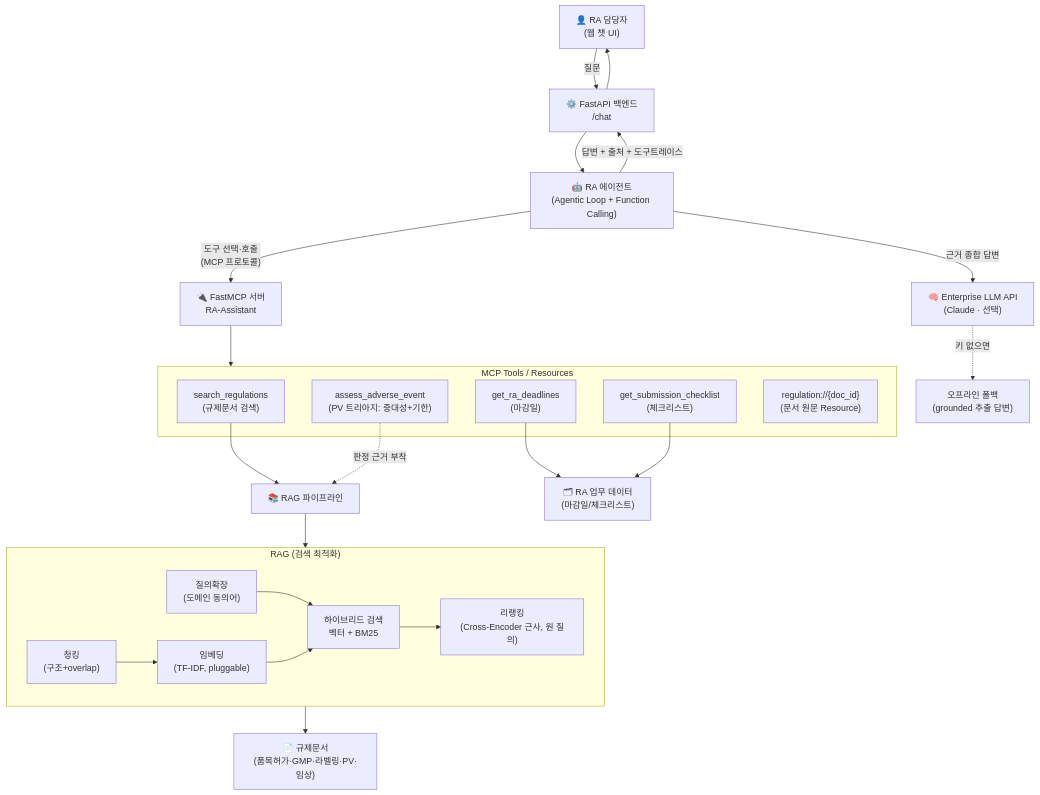
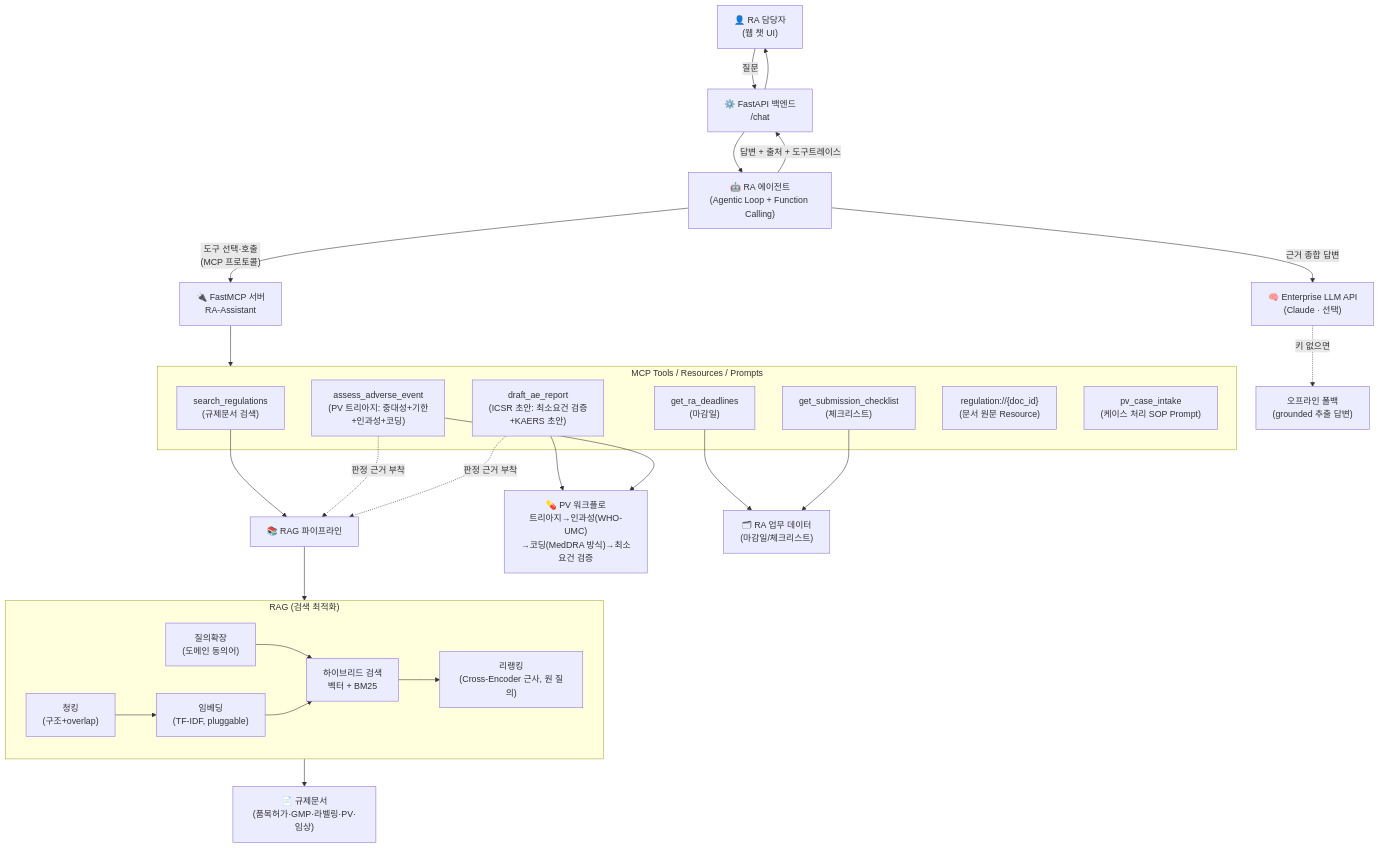
One commit to chaeyoo/letsgogc changed the diagram in project/README.md. Above: the diagram before and after it, drawn with Mermaid. The commit also changed other lines of this file and 12 other files, not shown here.

First line of the commit message:
PV 워크플로 완성: 인과성 평가(WHO-UMC)·용어 코딩(MedDRA 방식)·ICSR 보고서 초안 + MCP Prompts

````diff
--- a/project/README.md
+++ b/project/README.md
@@ -42,35 +43,40 @@
 ```mermaid
 flowchart TB
     U["👤 RA 담당자<br/>(웹 챗 UI)"] -->|질문| API["⚙️ FastAPI 백엔드<br/>/chat"]
     API --> AG["🤖 RA 에이전트<br/>(Agentic Loop + Function Calling)"]
 
     AG -->|"도구 선택·호출<br/>(MCP 프로토콜)"| MCP["🔌 FastMCP 서버<br/>RA-Assistant"]
 
-    subgraph MCP_TOOLS["MCP Tools / Resources"]
+    subgraph MCP_TOOLS["MCP Tools / Resources / Prompts"]
         T1["search_regulations<br/>(규제문서 검색)"]
         T2["get_ra_deadlines<br/>(마감일)"]
         T3["get_submission_checklist<br/>(체크리스트)"]
-        T4["assess_adverse_event<br/>(PV 트리아지: 중대성+기한)"]
+        T4["assess_adverse_event<br/>(PV 트리아지: 중대성+기한<br/>+인과성+코딩)"]
+        T5["draft_ae_report<br/>(ICSR 초안: 최소요건 검증<br/>+KAERS 초안)"]
         R1["regulation://{doc_id}<br/>(문서 원문 Resource)"]
+        P1["pv_case_intake<br/>(케이스 처리 SOP Prompt)"]
     end
     MCP --> MCP_TOOLS
 
     T1 --> RAG["📚 RAG 파이프라인"]
     T4 -.->|"판정 근거 부착"| RAG
+    T5 -.->|"판정 근거 부착"| RAG
+    T5 --> PV["💊 PV 워크플로<br/>트리아지→인과성(WHO-UMC)<br/>→코딩(MedDRA 방식)→최소요건 검증"]
+    T4 --> PV
     subgraph RAG_PIPE["RAG (검색 최적화)"]
         C1["청킹<br/>(구조+overlap)"] --> C2["임베딩<br/>(TF-IDF, pluggable)"]
         C0["질의확장<br/>(도메인 동의어)"] --> C3["하이브리드 검색<br/>벡터 + BM25"]
         C2 --> C3
         C3 --> C4["리랭킹<br/>(Cross-Encoder 근사, 원 질의)"]
     end
     RAG --> RAG_PIPE
     RAG_PIPE --> DOCS["📄 규제문서<br/>(품목허가·GMP·라벨링·PV·임상)"]
 
     T2 --> DB["🗂 RA 업무 데이터<br/>(마감일/체크리스트)"]
     T3 --> DB
 
     AG -->|"근거 종합 답변"| LLM["🧠 Enterprise LLM API<br/>(Claude · 선택)"]
     LLM -.->|"키 없으면"| FB["오프라인 폴백<br/>(grounded 추출 답변)"]
 
     AG -->|"답변 + 출처 + 도구트레이스"| API --> U
 ```
````
